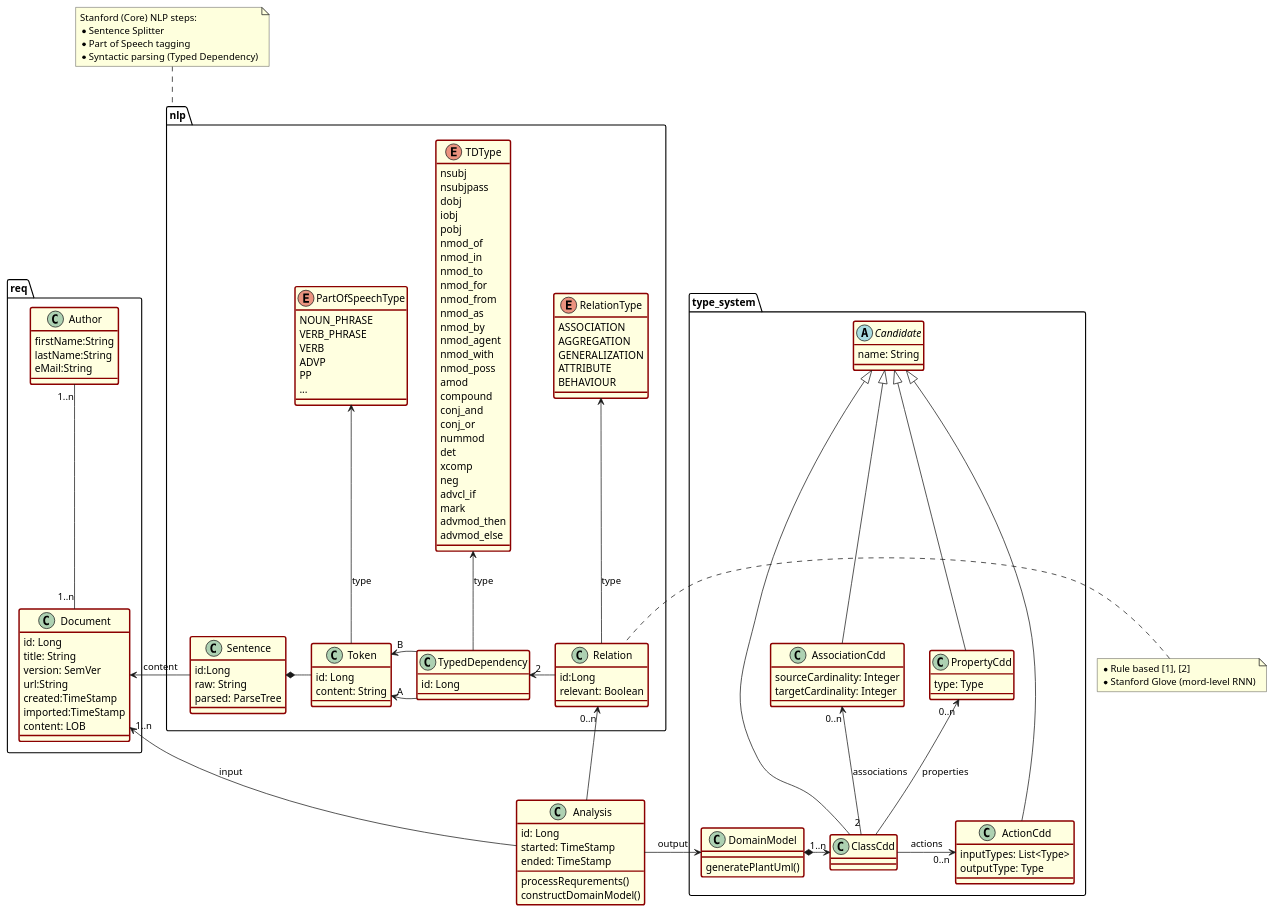
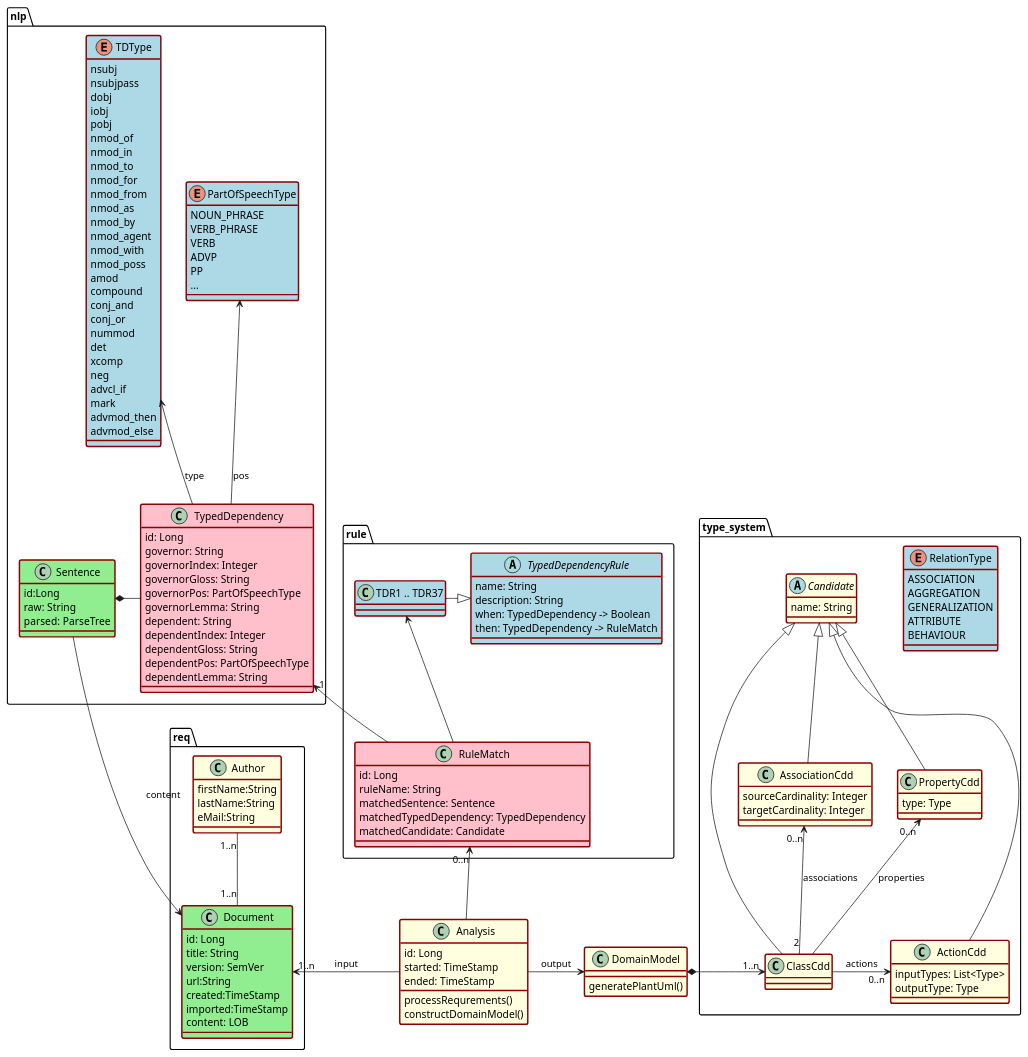
The diagram in docs/application/c4_code.puml (joerg-rade/domox), drawn with PlantUML before and after one commit. The commit also changed 53 other files, not shown here.

Commit message:
TypedDependencyPredicates now holds all boolean methods for TD's; Relation* is gone as well as Rule examples

```diff
--- a/docs/application/c4_code.puml
+++ b/docs/application/c4_code.puml
@@ -1,155 +1,160 @@
 @startuml
 skinparam ClassBorderColor DarkRed
 skinparam ClassBorderThickness 2
 skinparam ClassBackgroundColor LightYellow
 
 package "req" {
-    class Author {
+    class Author #lightyellow {
         firstName:String
         lastName:String
         eMail:String
     }
-    class Document {
+    class Document #lightgreen{
         id: Long
         title: String
         version: SemVer
         url:String
         created:TimeStamp
         imported:TimeStamp
         content: LOB
     }
     Document "1..n" -up- "1..n" Author
 }
 
 package nlp {
-    class Sentence {
+    class Sentence #lightgreen{
         id:Long
         raw: String
         parsed: ParseTree
     }
 
-    class Token {
-        id: Long
-        content: String
-    }
-    enum PartOfSpeechType {
+    enum PartOfSpeechType #lightblue {
         NOUN_PHRASE
         VERB_PHRASE
         VERB
         ADVP
         PP
         ...
     }
-    Sentence *- Token
 
-    enum TDType{
+    enum TDType #lightblue {
         nsubj
         nsubjpass
         dobj
         iobj
         pobj
         nmod_of
         nmod_in
         nmod_to
         nmod_for
         nmod_from
         nmod_as
         nmod_by
         nmod_agent
         nmod_with
         nmod_poss
         amod
         compound
         conj_and
         conj_or
         nummod
         det
         xcomp
         neg
         advcl_if
         mark
         advmod_then
         advmod_else
     }
 
-    class TypedDependency {
+    class TypedDependency #pink {
         id: Long
+        governor: String
+        governorIndex: Integer
+        governorGloss: String
+        governorPos: PartOfSpeechType
+        governorLemma: String
+        dependent: String
+        dependentIndex: Integer
+        dependentGloss: String
+        dependentPos: PartOfSpeechType
+        dependentLemma: String
     }
+    Sentence *- TypedDependency
+
     TypedDependency -up-> TDType : type
+    TypedDependency -up-> PartOfSpeechType : pos
 
-    class Relation {
-        id:Long
-        relevant: Boolean
-    }
-    enum RelationType {
+}
+
+package type_system {
+    enum RelationType #lightblue {
         ASSOCIATION
         AGGREGATION
         GENERALIZATION
         ATTRIBUTE
         BEHAVIOUR
     }
-    Relation -up-> RelationType : type
 
-    Token -up-> PartOfSpeechType : type
-
-    TypedDependency -left-> "A" Token
-    TypedDependency -left-> "B" Token
-    Relation -left-> "2" TypedDependency
-}
-
-package type_system {
     abstract class Candidate {
         name: String
     }
     class ClassCdd extends Candidate {}
     class PropertyCdd extends Candidate {
         type: Type
     }
     class ActionCdd extends Candidate {
         inputTypes: List<Type>
         outputType: Type
     }
     class AssociationCdd extends Candidate {
         sourceCardinality: Integer
         targetCardinality: Integer
     }
     ClassCdd -up-> "0..n" PropertyCdd : properties
     ClassCdd -> "0..n" ActionCdd : actions
     ClassCdd "2" -up-> "0..n" AssociationCdd : associations
 
-    class DomainModel {
-        generatePlantUml()
-    }
-
-    DomainModel *-> "1..n" ClassCdd
 }
 
-Sentence -l-> Document : content
+package rule {
+    class RuleMatch #pink {
+        id: Long
+        ruleName: String
+        matchedSentence: Sentence
+        matchedTypedDependency: TypedDependency
+        matchedCandidate: Candidate
+    }
+    RuleMatch -up-> "1" TypedDependency
+
+    abstract class TypedDependencyRule #lightblue {
+        name: String
+        description: String
+        when: TypedDependency -> Boolean
+        then: TypedDependency -> RuleMatch
+    }
+    class "TDR1 .. TDR37" as TDR #lightblue {
+    }
+    TDR -|> TypedDependencyRule
+    RuleMatch -up-> TDR
+}
+Sentence -> Document : content
 
 class Analysis {
     id: Long
     started: TimeStamp
     ended: TimeStamp
     processRequrements()
     constructDomainModel()
 }
+class DomainModel {
+    generatePlantUml()
+}
+
+DomainModel *-> "1..n" ClassCdd
 
 Analysis -> "1..n" Document : input
-Analysis -up-> "0..n" Relation
+Analysis -up-> "0..n" RuleMatch
 Analysis -> DomainModel : output
 
-note as N1
-    Stanford (Core) NLP steps:
-    * Sentence Splitter
-    * Part of Speech tagging
-    * Syntactic parsing (Typed Dependency)
-end note
-N1 .. nlp
-
-note as N2
-    * Rule based [1], [2]
-    * Stanford Glove (mord-level RNN)
-end note
-N2 . Relation
-
 @enduml
```
